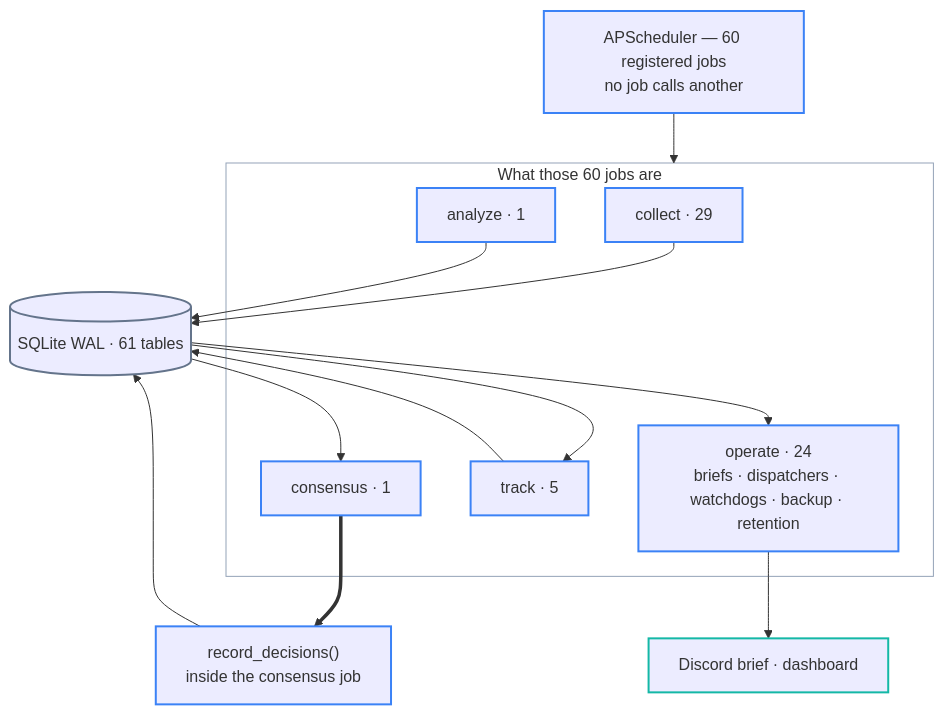
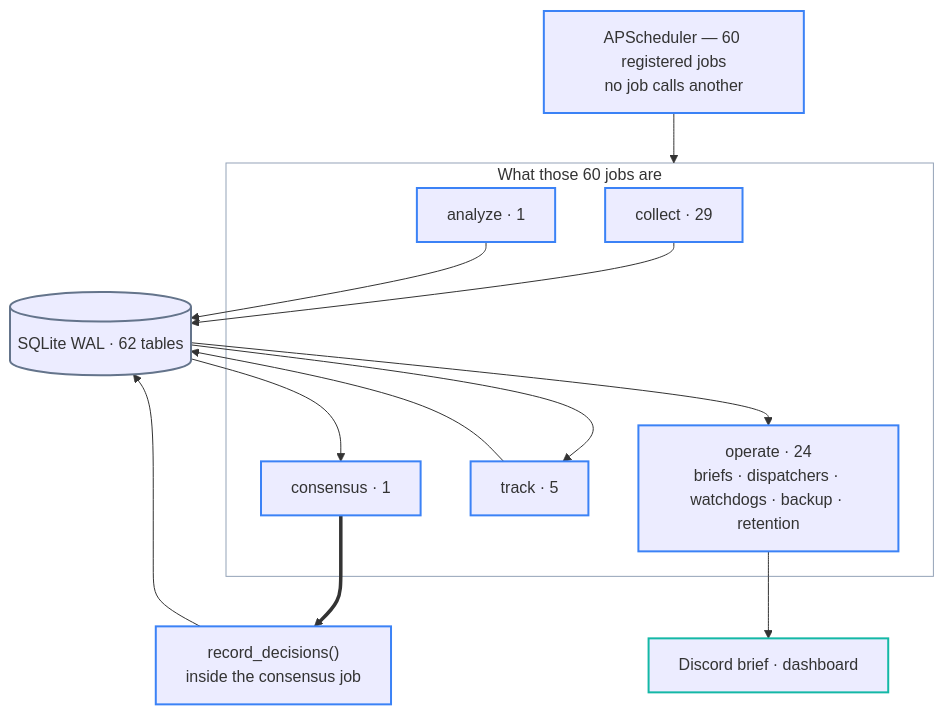
One commit to researcherhojin/nuri-quant changed the first of 3 diagrams in docs/ARCHITECTURE.md. Above: the diagram before and after it, drawn with Mermaid. The commit also changed other lines of this file and 8 other files, not shown here.

````diff
--- a/docs/ARCHITECTURE.md
+++ b/docs/ARCHITECTURE.md
@@ -23,35 +23,35 @@
 ```mermaid
 flowchart TB
     CLOCK["APScheduler — 60 registered jobs<br/>no job calls another"]
 
     subgraph JOBS["What those 60 jobs are"]
         JC["collect · 29"]
         JA["analyze · 1"]
         JD["consensus · 1"]
         JT["track · 5"]
         JO["operate · 24<br/>briefs · dispatchers · watchdogs · backup · retention"]
     end
 
-    DB[("SQLite WAL · 61 tables")]
+    DB[("SQLite WAL · 62 tables")]
     RD["record_decisions()<br/>inside the consensus job"]
     OUT["Discord brief · dashboard"]
 
     CLOCK --> JOBS
     JC --> DB
     JA --> DB
     DB --> JD
     JD ==> RD
     RD --> DB
     DB --> JT
     JT --> DB
     DB --> JO --> OUT
 
     classDef step  stroke:#3b82f6,stroke-width:2px
     classDef store stroke:#64748b,stroke-width:2px
     classDef out   stroke:#14b8a6,stroke-width:2px
     classDef zone  fill:none,stroke:#94a3b8,stroke-width:1px
     class CLOCK,JC,JA,JD,JT,JO,RD step
     class DB store
     class OUT out
     class JOBS zone
 ```
````
